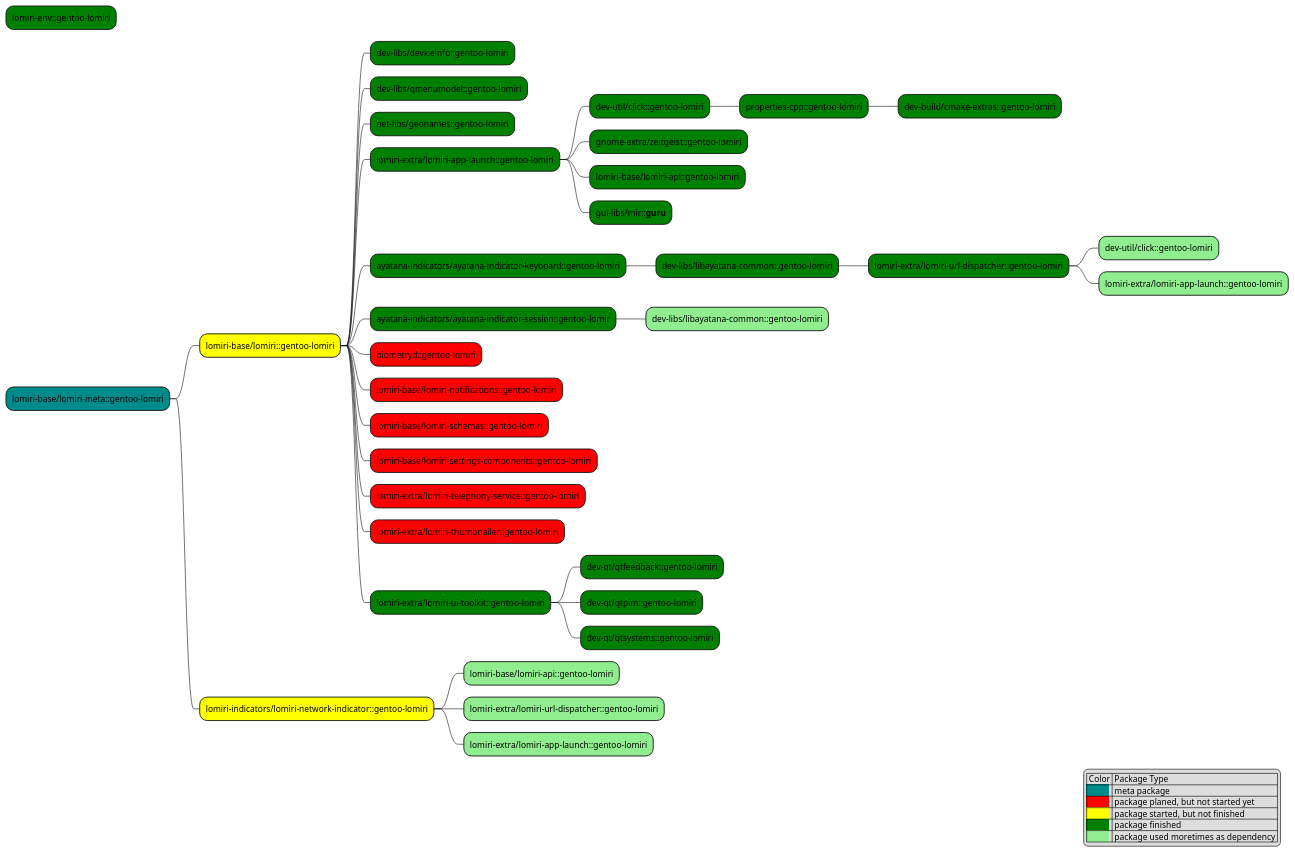
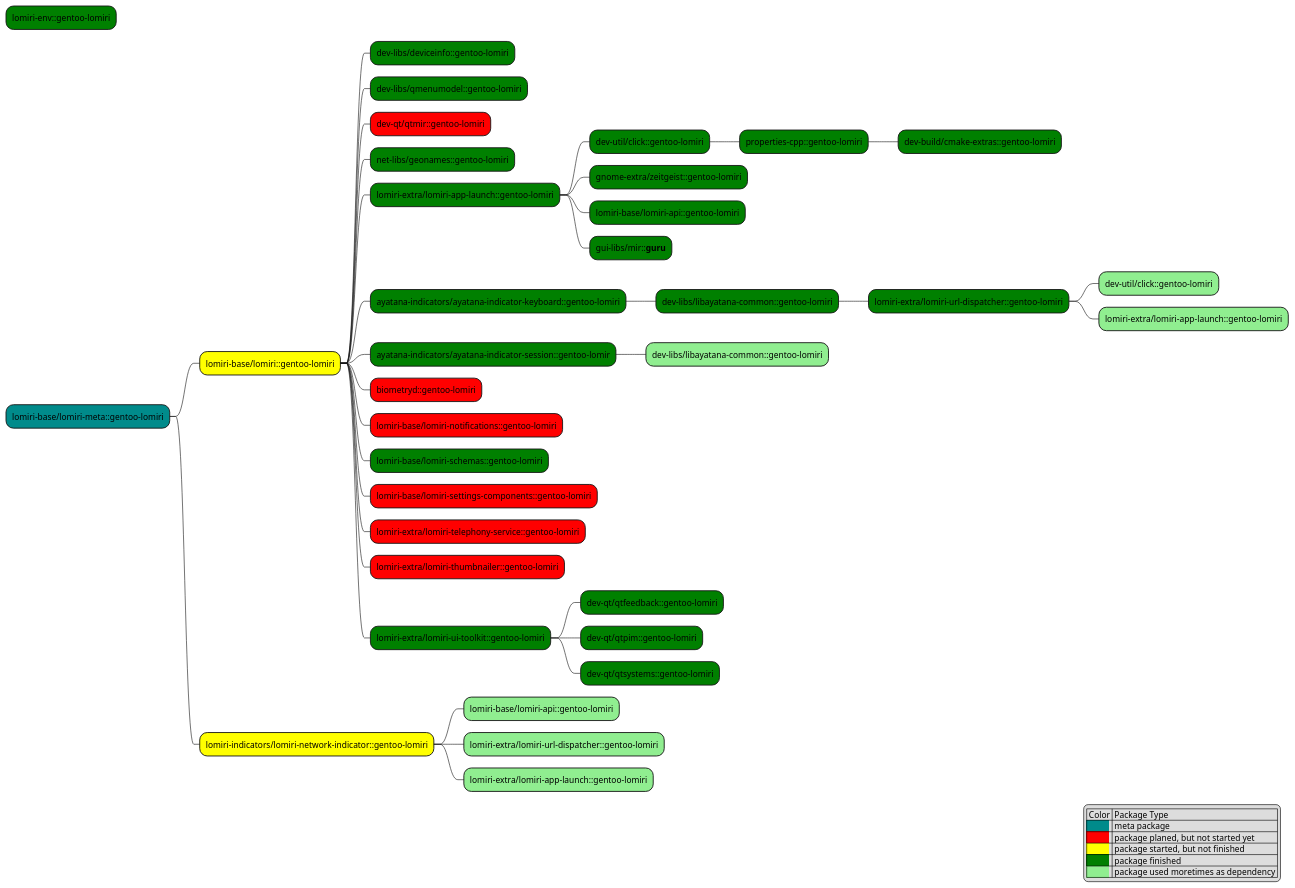
Before and after one commit to renegart/gentoo-lomiri: the diagram in docs/lomiri-packages.plantuml, drawn with PlantUML. The commit also changed 3 other files, not shown here.

Commit message:
lomiri-base/lomiri: update dependencies

```diff
--- a/docs/lomiri-packages.plantuml
+++ b/docs/lomiri-packages.plantuml
@@ -1,46 +1,47 @@
 @startmindmap package dependencies
 legend right
     | Color | Package Type |
     |<back:DarkCyan>          </back>| meta package|
     |<back:red>          </back>| package planed, but not started yet|
     |<back:yellow>          </back>| package started, but not finished|
     |<back:green>          </back>| package finished|
     |<back:lightgreen>          </back>| package used moretimes as dependency |
 endlegend
 
 *[#green] lomiri-env::gentoo-lomiri
 *[#DarkCyan] lomiri-base/lomiri-meta::gentoo-lomiri
   *[#yellow] lomiri-base/lomiri::gentoo-lomiri
     *[#green] dev-libs/deviceinfo::gentoo-lomiri
     *[#green] dev-libs/qmenumodel::gentoo-lomiri
+    *[#red] dev-qt/qtmir::gentoo-lomiri
     *[#green] net-libs/geonames::gentoo-lomiri
     *[#green] lomiri-extra/lomiri-app-launch::gentoo-lomiri
       *[#green] dev-util/click::gentoo-lomiri
         *[#green] properties-cpp::gentoo-lomiri
           *[#green] dev-build/cmake-extras::gentoo-lomiri
       *[#green] gnome-extra/zeitgeist::gentoo-lomiri
       *[#green] lomiri-base/lomiri-api::gentoo-lomiri
       *[#green] gui-libs/mir::**guru**
     *[#green] ayatana-indicators/ayatana-indicator-keyboard::gentoo-lomiri
       *[#green] dev-libs/libayatana-common::gentoo-lomiri
         *[#green] lomiri-extra/lomiri-url-dispatcher::gentoo-lomiri
           *[#lightgreen] dev-util/click::gentoo-lomiri
           *[#lightgreen] lomiri-extra/lomiri-app-launch::gentoo-lomiri
     *[#green] ayatana-indicators/ayatana-indicator-session::gentoo-lomir
       *[#lightgreen] dev-libs/libayatana-common::gentoo-lomiri
     *[#red] biometryd::gentoo-lomiri
     *[#red] lomiri-base/lomiri-notifications::gentoo-lomiri
-    *[#red] lomiri-base/lomiri-schemas::gentoo-lomiri
+    *[#green] lomiri-base/lomiri-schemas::gentoo-lomiri
     *[#red] lomiri-base/lomiri-settings-components::gentoo-lomiri
     *[#red] lomiri-extra/lomiri-telephony-service::gentoo-lomiri
     *[#red] lomiri-extra/lomiri-thumbnailer::gentoo-lomiri
     *[#green] lomiri-extra/lomiri-ui-toolkit::gentoo-lomiri
       *[#green] dev-qt/qtfeedback::gentoo-lomiri
       *[#green] dev-qt/qtpim::gentoo-lomiri
       *[#green] dev-qt/qtsystems::gentoo-lomiri
   *[#yellow] lomiri-indicators/lomiri-network-indicator::gentoo-lomiri
     *[#lightgreen] lomiri-base/lomiri-api::gentoo-lomiri
     *[#lightgreen] lomiri-extra/lomiri-url-dispatcher::gentoo-lomiri
     *[#lightgreen] lomiri-extra/lomiri-app-launch::gentoo-lomiri
 
 @endmindmap
```
